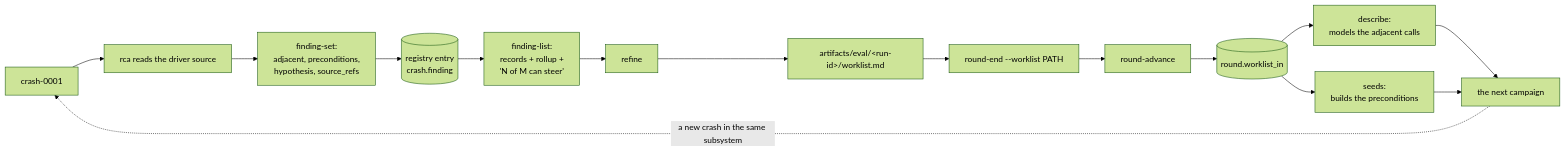
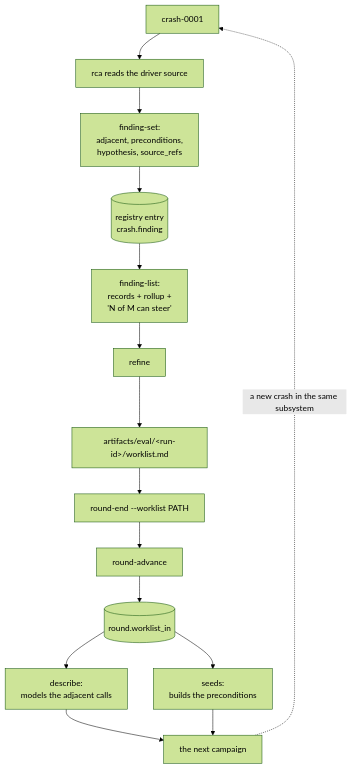
Before and after one commit to Indspl0it/gspwn: the second of 2 diagrams in docs/src/content/docs/architecture/sub-agents.md, drawn with Mermaid (forest theme). The commit also changed other lines of this file and 15 other files, not shown here.

First line of the commit message:
Rewrite the Architecture pages against source

````diff
--- a/docs/src/content/docs/architecture/sub-agents.md
+++ b/docs/src/content/docs/architecture/sub-agents.md
@@ -97,17 +132,17 @@
 ```mermaid
-flowchart LR
+flowchart TB
   CR["crash-0001"] --> RCA["rca reads the driver source"]
   RCA --> FS["finding-set:<br/>adjacent, preconditions,<br/>hypothesis, source_refs"]
   FS --> REG[("registry entry<br/>crash.finding")]
   REG --> FL["finding-list:<br/>records + rollup +<br/>'N of M can steer'"]
   FL --> RF["refine"]
   RF --> WL["artifacts/eval/&lt;run-id&gt;/worklist.md"]
   WL --> RE["round-end --worklist PATH"]
   RE --> RA["round-advance"]
   RA --> WI[("round.worklist_in")]
   WI --> DS["describe:<br/>models the adjacent calls"]
   WI --> SD["seeds:<br/>builds the preconditions"]
   DS --> NC["the next campaign"]
   SD --> NC
   NC -.->|"a new crash in the same subsystem"| CR
 ```
````
